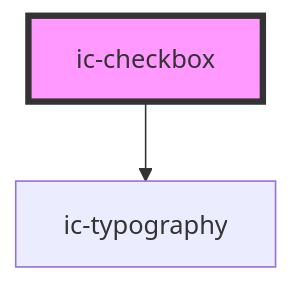
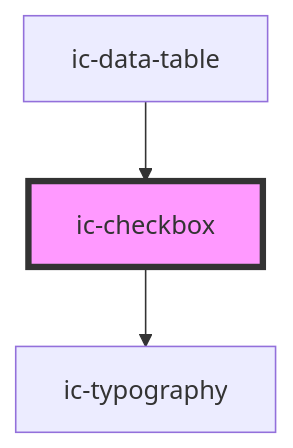
The diagram in packages/web-components/src/components/ic-checkbox/readme.md (mi6/ic-ui-kit), drawn with Mermaid before and after one commit. The commit also changed other lines of this file and 19 other files, not shown here.

````diff
--- a/packages/web-components/src/components/ic-checkbox/readme.md
+++ b/packages/web-components/src/components/ic-checkbox/readme.md
@@ -63,5 +67,6 @@
 ```mermaid
 graph TD;
   ic-checkbox --> ic-typography
+  ic-data-table --> ic-checkbox
   style ic-checkbox fill:#f9f,stroke:#333,stroke-width:4px
 ```
````
